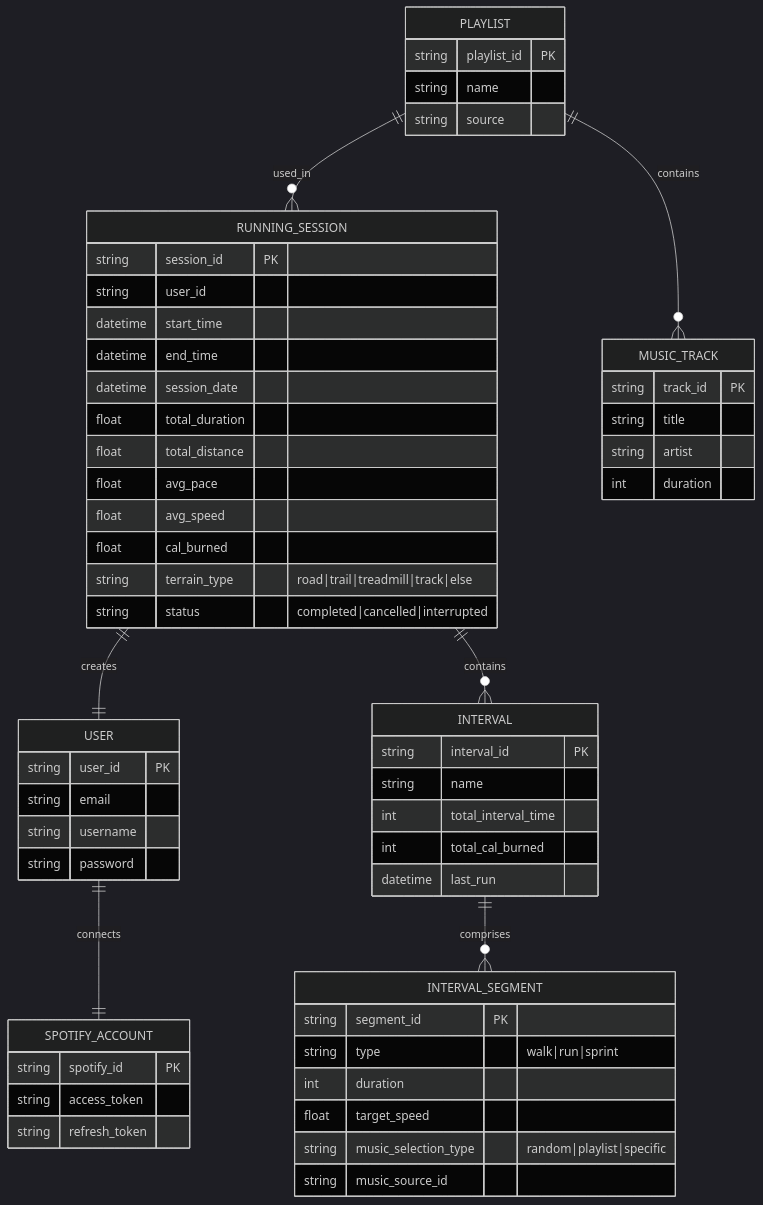
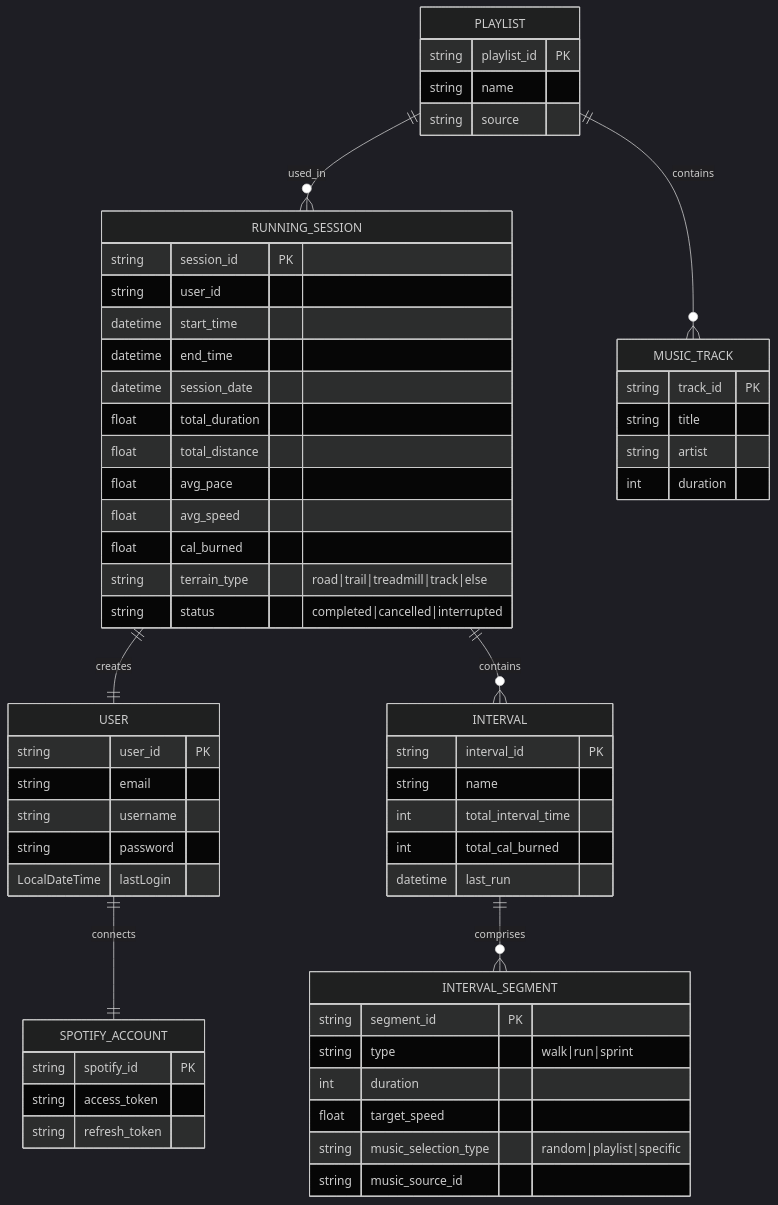
One commit to 3veryDay/A_game changed the diagram in DESIGN/database/ER diagram.mermaid. Above: the diagram before and after it, drawn with Mermaid (dark theme).

Commit message:
Update ER diagram.mermaid

```diff
--- a/DESIGN/database/ER diagram.mermaid
+++ b/DESIGN/database/ER diagram.mermaid
@@ -1,65 +1,66 @@
 erDiagram
     USER ||--|| SPOTIFY_ACCOUNT : connects
     USER {
         string user_id PK
         string email
         string username
         string password
+        LocalDateTime lastLogin
     }
     
     SPOTIFY_ACCOUNT {
         string spotify_id PK
         string access_token
         string refresh_token
     }
     
     RUNNING_SESSION ||--|| USER : creates
     RUNNING_SESSION {
         string session_id PK
         string user_id   
         datetime start_time
         datetime end_time
         datetime session_date
         float total_duration
         float total_distance
         float avg_pace
         float avg_speed
         float cal_burned
         string terrain_type "road|trail|treadmill|track|else"
         string status "completed|cancelled|interrupted"
     }
     
     RUNNING_SESSION ||--o{ INTERVAL : contains
     INTERVAL {
         string interval_id PK
         string name
         int total_interval_time
         int total_cal_burned 
         datetime last_run
     }
     
     INTERVAL ||--o{ INTERVAL_SEGMENT : comprises
     INTERVAL_SEGMENT {
         string segment_id PK
         string type "walk|run|sprint"
         int duration
         float target_speed
         string music_selection_type "random|playlist|specific"
         string music_source_id
     }
     
     PLAYLIST ||--o{ RUNNING_SESSION : used_in
     PLAYLIST {
         string playlist_id PK
         string name
         string source
     }
     
     MUSIC_TRACK {
         string track_id PK
         string title
         string artist
         int duration
     }
     
     PLAYLIST ||--o{ MUSIC_TRACK : contains
```
